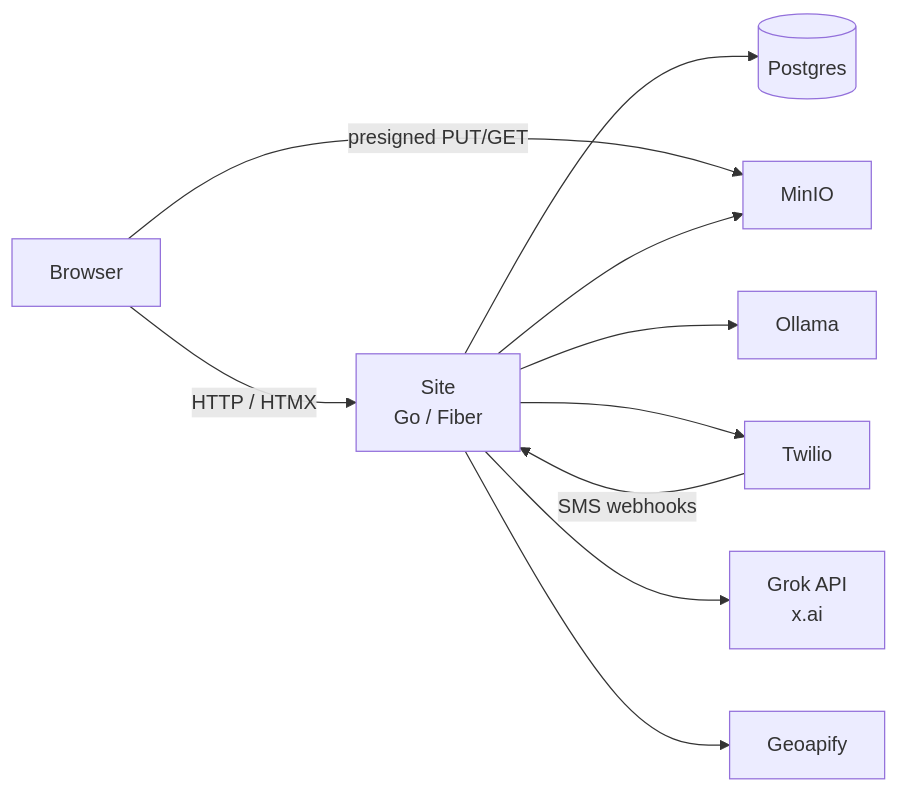
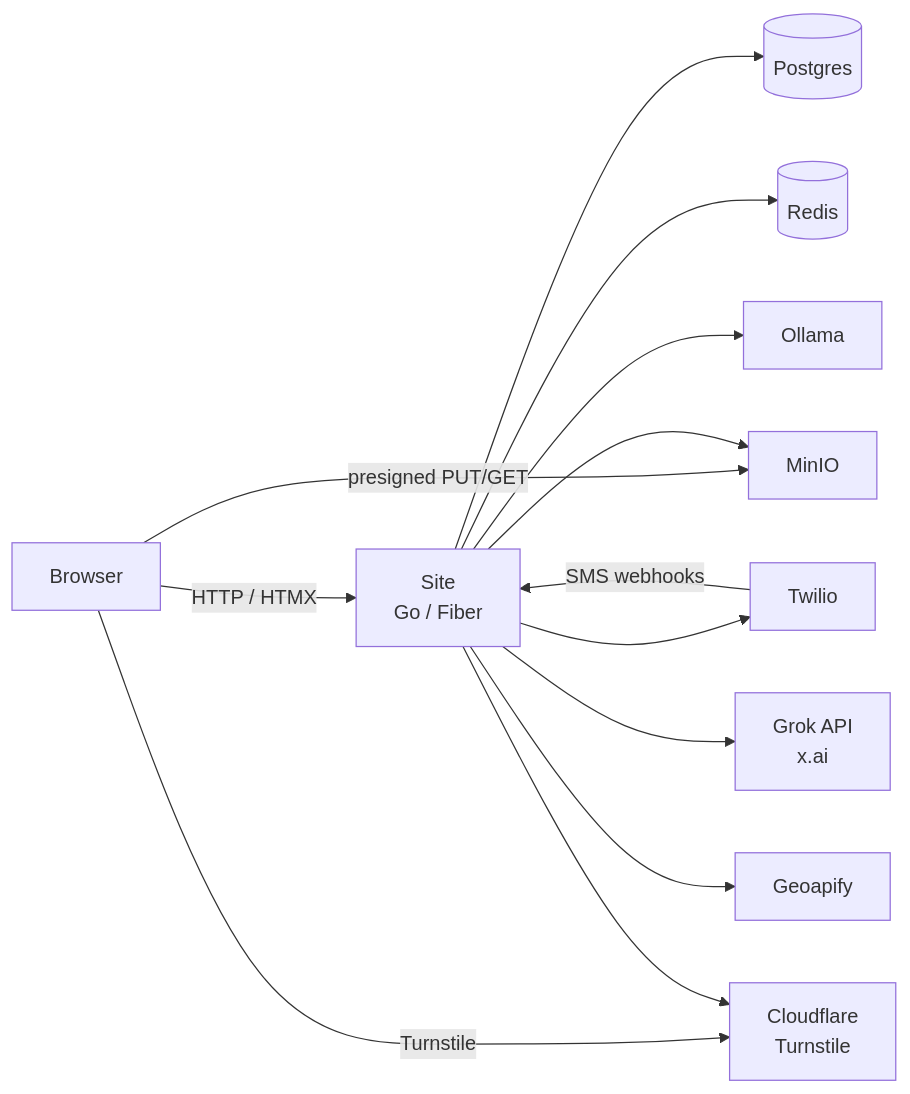
Before and after one commit to rocky-ads/site: the diagram in README.md, drawn with Mermaid. The commit also changed other lines of this file and 15 other files, not shown here.

````diff
--- a/README.md
+++ b/README.md
@@ -20,12 +20,15 @@
 ```mermaid
 flowchart LR
   Browser -->|HTTP / HTMX| Site["Site<br/>Go / Fiber"]
   Browser -->|presigned PUT/GET| MinIO
+  Browser -->|Turnstile| Cloudflare["Cloudflare<br/>Turnstile"]
   Site --> Postgres[(Postgres)]
+  Site --> Redis[(Redis)]
   Site --> MinIO
   Site --> Ollama
   Site --> Twilio
+  Site --> Cloudflare
   Site --> Grok["Grok API<br/>x.ai"]
   Site --> Geoapify
   Twilio -->|SMS webhooks| Site
 ```
````
